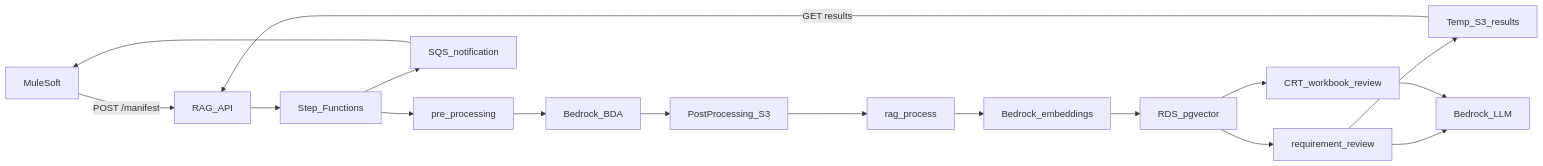
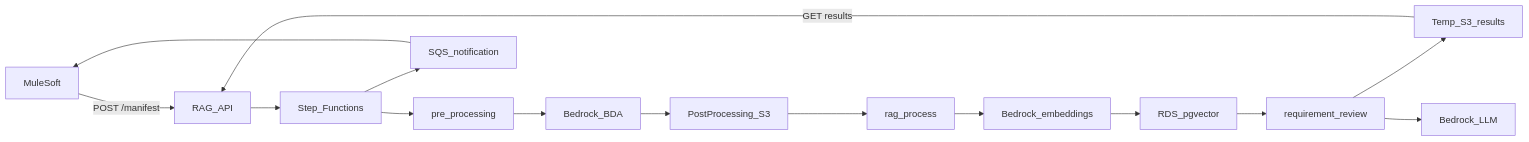
The diagram in services/rag/README.md (Enterprise-CMCS/macsuite-aisuite), drawn with Mermaid before and after one commit. The commit also changed other lines of this file and 23 other files, not shown here.

````diff
--- a/services/rag/README.md
+++ b/services/rag/README.md
@@ -25,19 +25,17 @@
 ```mermaid
 flowchart LR
   mule[MuleSoft] -->|POST /manifest| api[RAG_API]
   api --> sfn[Step_Functions]
   sfn --> preProcess[pre_processing]
   preProcess --> bda[Bedrock_BDA]
   bda --> postS3[PostProcessing_S3]
   postS3 --> ragProcess[rag_process]
   ragProcess --> embed[Bedrock_embeddings]
   embed --> pgvector[RDS_pgvector]
   pgvector --> review[requirement_review]
   review --> resultsS3[Temp_S3_results]
   sfn --> sqs[SQS_notification]
   sqs --> mule
   resultsS3 -->|GET results| api
-  pgvector --> crt[CRT_workbook_review]
   review --> llm[Bedrock_LLM]
-  crt --> llm
 ```
````
